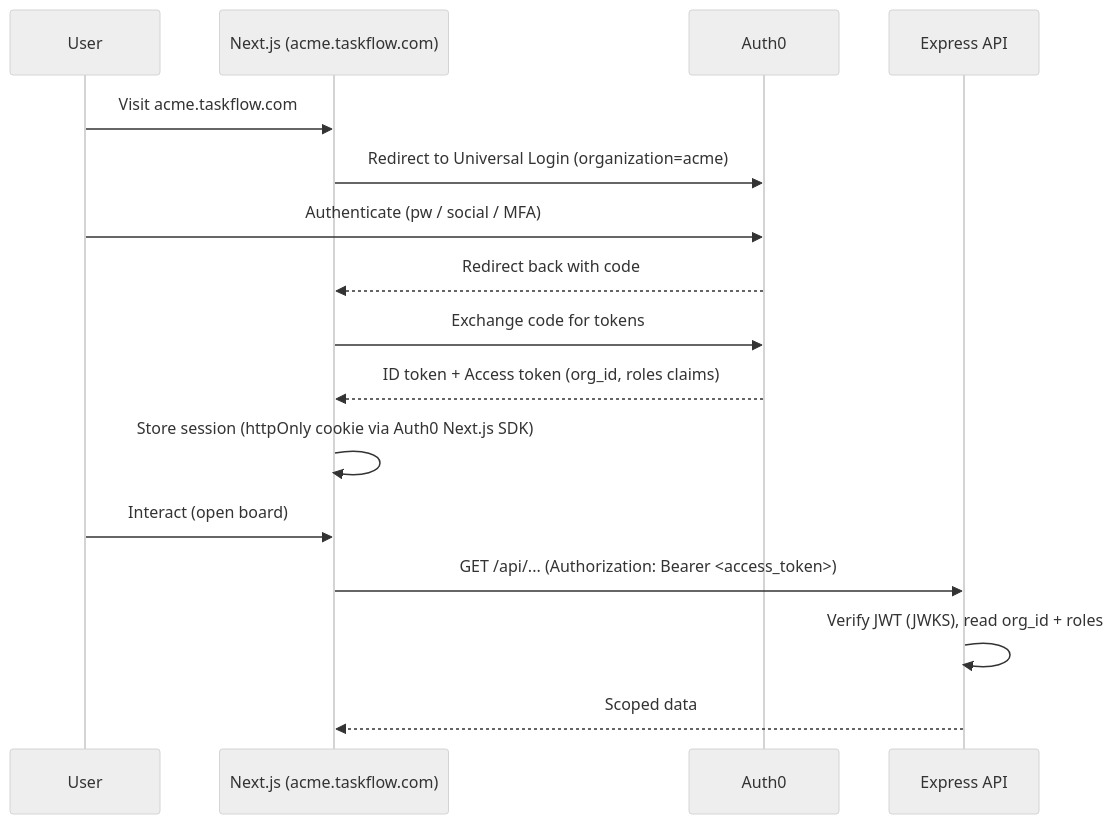
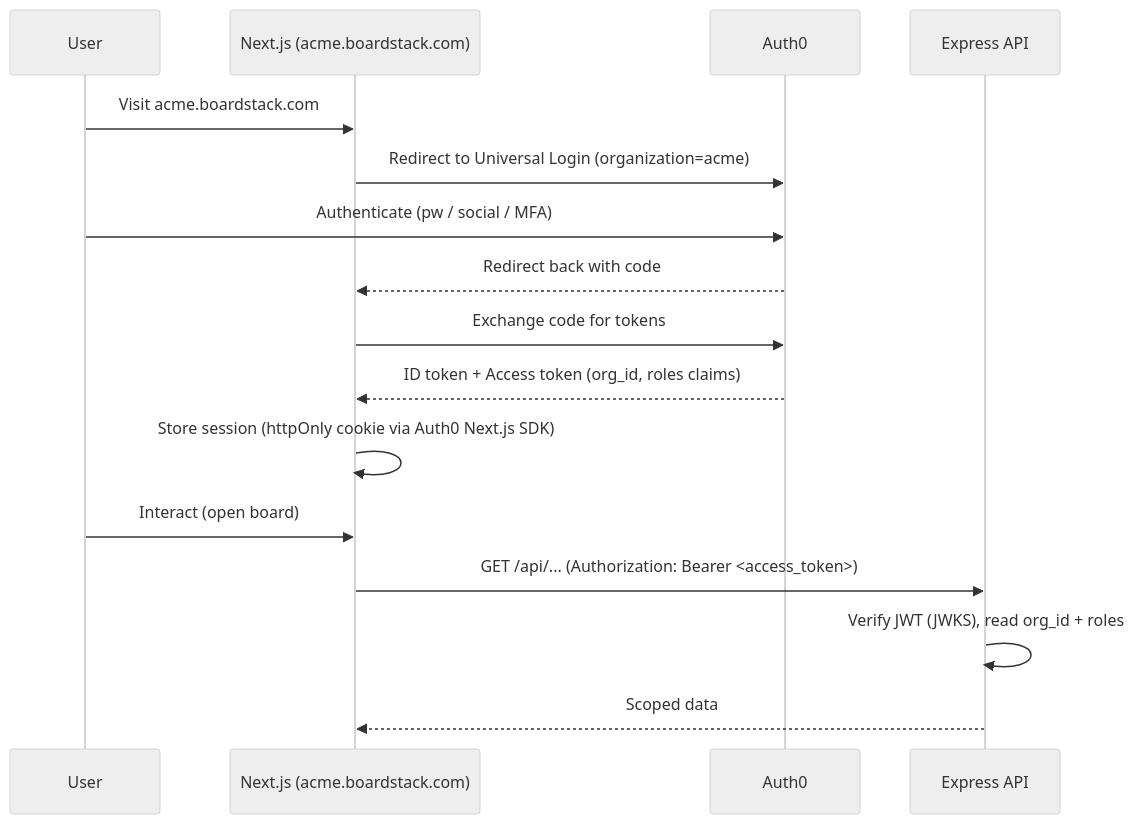
The second of 4 diagrams in boardstack-system-design.md (singhpradip/Project), drawn with Mermaid (neutral theme) before and after one commit. The commit also changed other lines of this file and 11 other files, not shown here.

````diff
--- a/boardstack-system-design.md
+++ b/boardstack-system-design.md
@@ -142,19 +142,19 @@
 ```mermaid
 sequenceDiagram
     participant U as User
-    participant W as Next.js (acme.taskflow.com)
+    participant W as Next.js (acme.boardstack.com)
     participant A as Auth0
     participant API as Express API
 
-    U->>W: Visit acme.taskflow.com
+    U->>W: Visit acme.boardstack.com
     W->>A: Redirect to Universal Login (organization=acme)
     U->>A: Authenticate (pw / social / MFA)
     A-->>W: Redirect back with code
     W->>A: Exchange code for tokens
     A-->>W: ID token + Access token (org_id, roles claims)
     W->>W: Store session (httpOnly cookie via Auth0 Next.js SDK)
     U->>W: Interact (open board)
     W->>API: GET /api/... (Authorization: Bearer <access_token>)
     API->>API: Verify JWT (JWKS), read org_id + roles
     API-->>W: Scoped data
 ```
````
